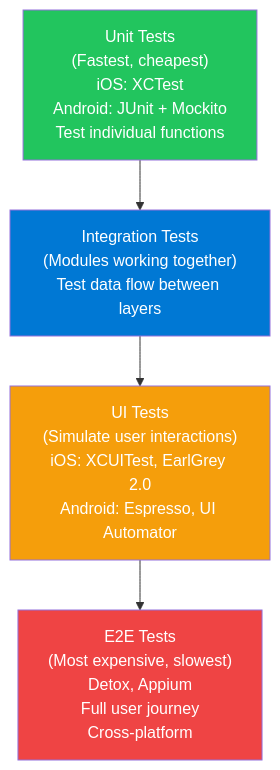
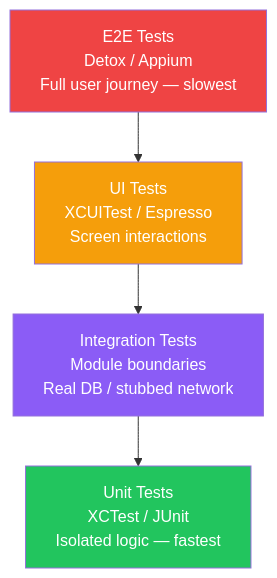
Before and after one commit to rajaghosh/InterviewPrep: the ninth of 16 diagrams in Architechture-Concepts/Description-Mobile-Complete.md, drawn with Mermaid. The commit also changed other lines of this file and 240 other files, not shown here.

````diff
--- a/Architechture-Concepts/Description-Mobile-Complete.md
+++ b/Architechture-Concepts/Description-Mobile-Complete.md
@@ -622,13 +765,18 @@
 ```mermaid
 flowchart TD
-    E2E["E2E Tests\n(Most expensive, slowest)\nDetox, Appium\nFull user journey\nCross-platform"]
-    UI_T["UI Tests\n(Simulate user interactions)\niOS: XCUITest, EarlGrey 2.0\nAndroid: Espresso, UI Automator"]
-    INT["Integration Tests\n(Modules working together)\nTest data flow between layers"]
-    UNIT["Unit Tests\n(Fastest, cheapest)\niOS: XCTest\nAndroid: JUnit + Mockito\nTest individual functions"]
-    UNIT --> INT --> UI_T --> E2E
+    E2E["E2E Tests<br>Detox / Appium<br>Full user journey — slowest"]
+    UI_T["UI Tests<br>XCUITest / Espresso<br>Screen interactions"]
+    INT["Integration Tests<br>Module boundaries<br>Real DB / stubbed network"]
+    UNIT["Unit Tests<br>XCTest / JUnit<br>Isolated logic — fastest"]
 
-    style UNIT fill:#22c55e,color:#fff
-    style INT fill:#0078D4,color:#fff
-    style UI_T fill:#f59e0b,color:#fff
-    style E2E fill:#ef4444,color:#fff
+    E2E --> UI_T --> INT --> UNIT
+
+    classDef e2e  fill:#ef4444,color:#fff
+    classDef ui   fill:#f59e0b,color:#fff
+    classDef int  fill:#8b5cf6,color:#fff
+    classDef unit fill:#22c55e,color:#fff
+    class E2E e2e
+    class UI_T ui
+    class INT int
+    class UNIT unit
 ```
````
